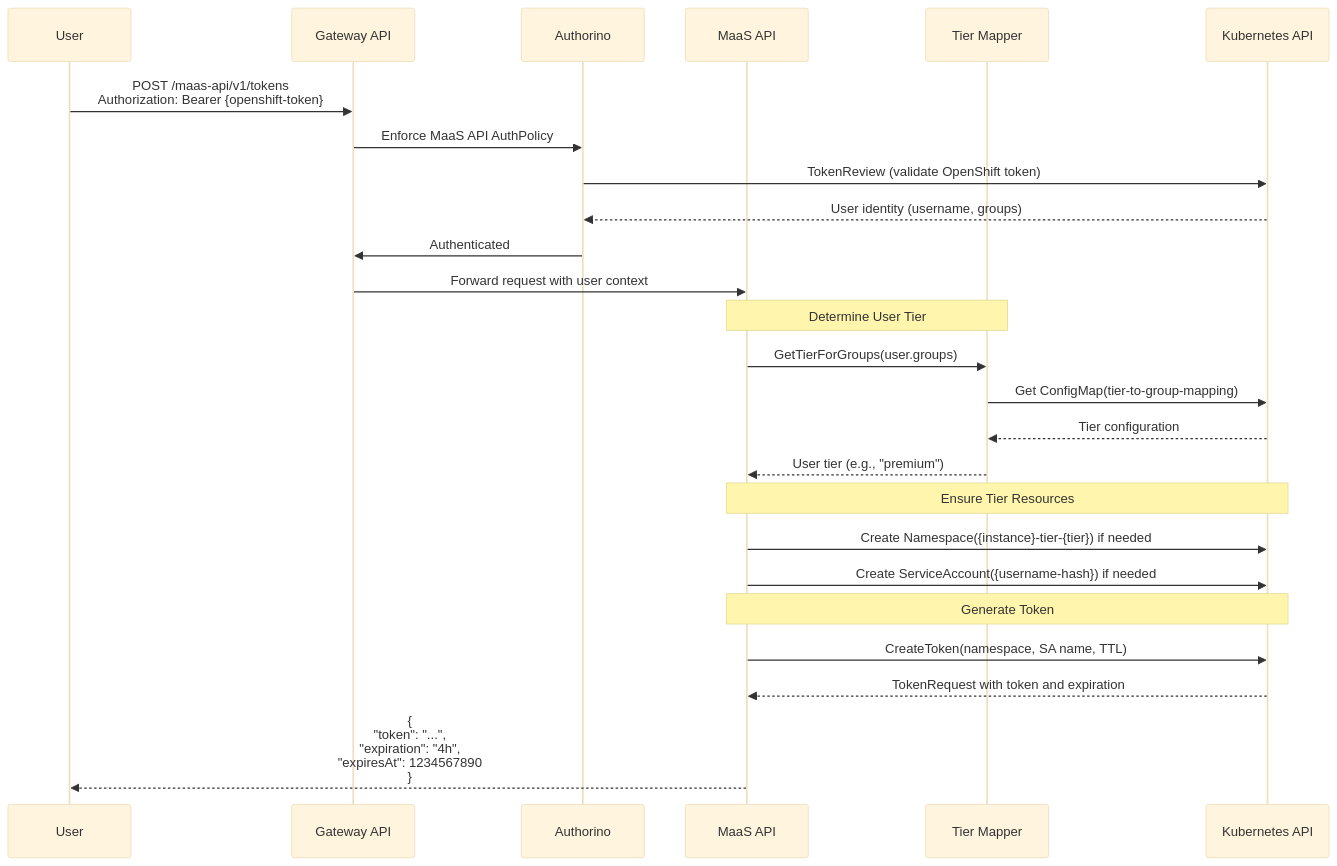
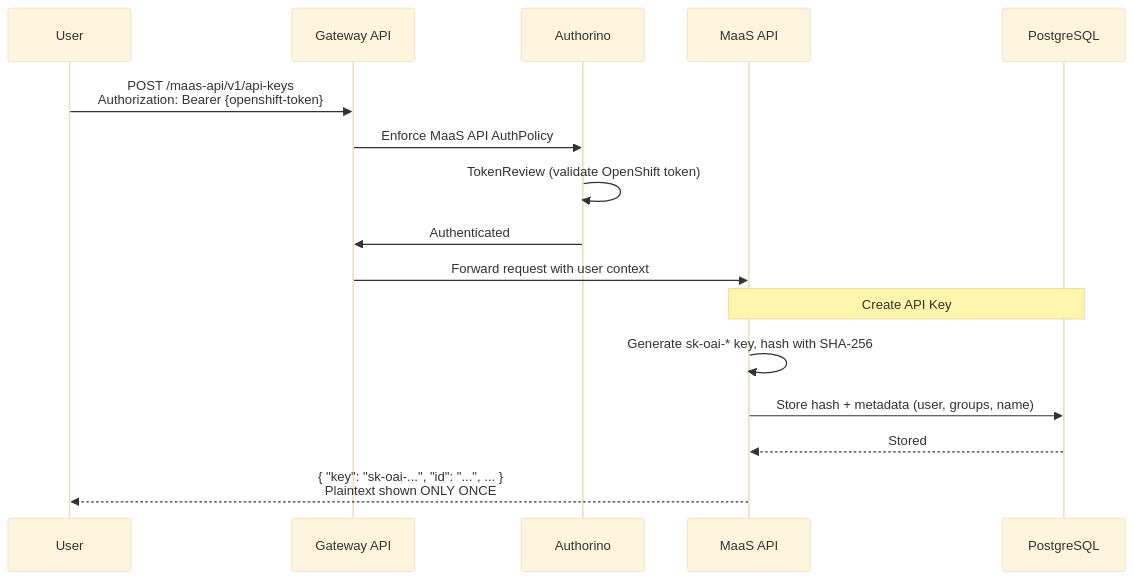
Before and after one commit to opendatahub-io/models-as-a-service: the seventh of 8 diagrams in docs/content/architecture.md, drawn with Mermaid (base theme). The commit also changed other lines of this file and 10 other files, not shown here.

````diff
--- a/docs/content/architecture.md
+++ b/docs/content/architecture.md
@@ -232,32 +296,21 @@
 ```mermaid
 sequenceDiagram
     participant User
     participant Gateway as Gateway API
     participant Authorino
     participant MaaS as MaaS API
-    participant TierMapper as Tier Mapper
-    participant K8s as Kubernetes API
+    participant DB as PostgreSQL
 
-    User->>Gateway: POST /maas-api/v1/tokens<br/>Authorization: Bearer {openshift-token}
+    User->>Gateway: POST /maas-api/v1/api-keys<br/>Authorization: Bearer {openshift-token}
     Gateway->>Authorino: Enforce MaaS API AuthPolicy
-    Authorino->>K8s: TokenReview (validate OpenShift token)
-    K8s-->>Authorino: User identity (username, groups)
+    Authorino->>Authorino: TokenReview (validate OpenShift token)
     Authorino->>Gateway: Authenticated
     Gateway->>MaaS: Forward request with user context
 
-    Note over MaaS,TierMapper: Determine User Tier
-    MaaS->>TierMapper: GetTierForGroups(user.groups)
-    TierMapper->>K8s: Get ConfigMap(tier-to-group-mapping)
-    K8s-->>TierMapper: Tier configuration
-    TierMapper-->>MaaS: User tier (e.g., "premium")
+    Note over MaaS,DB: Create API Key
+    MaaS->>MaaS: Generate sk-oai-* key, hash with SHA-256
+    MaaS->>DB: Store hash + metadata (user, groups, name)
+    DB-->>MaaS: Stored
 
-    Note over MaaS,K8s: Ensure Tier Resources
-    MaaS->>K8s: Create Namespace({instance}-tier-{tier}) if needed
-    MaaS->>K8s: Create ServiceAccount({username-hash}) if needed
-
-    Note over MaaS,K8s: Generate Token
-    MaaS->>K8s: CreateToken(namespace, SA name, TTL)
-    K8s-->>MaaS: TokenRequest with token and expiration
-
-    MaaS-->>User: {<br/>  "token": "...",<br/>  "expiration": "4h",<br/>  "expiresAt": 1234567890<br/>}
+    MaaS-->>User: { "key": "sk-oai-...", "id": "...", ... }<br/>Plaintext shown ONLY ONCE
 ```
````
